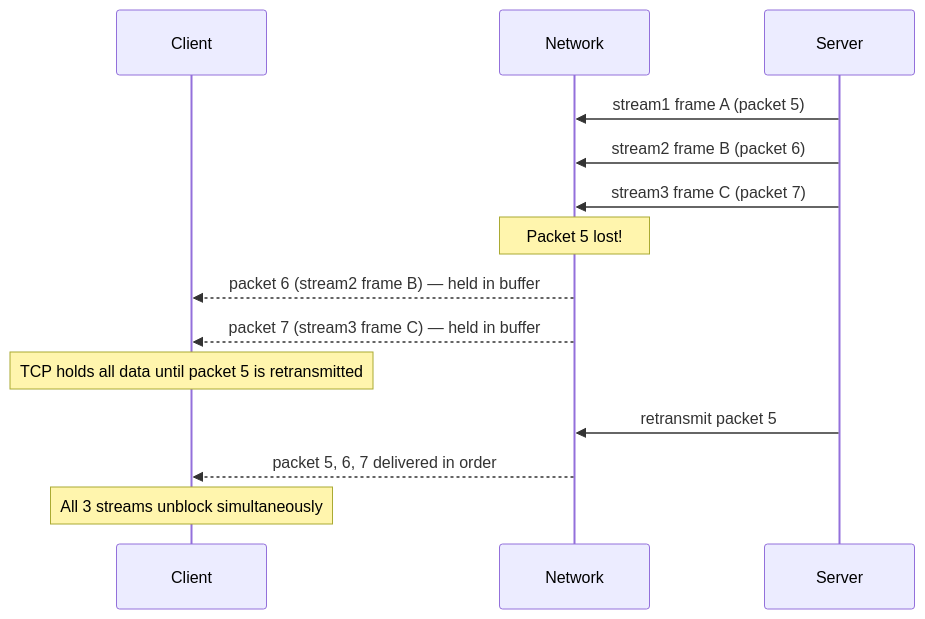
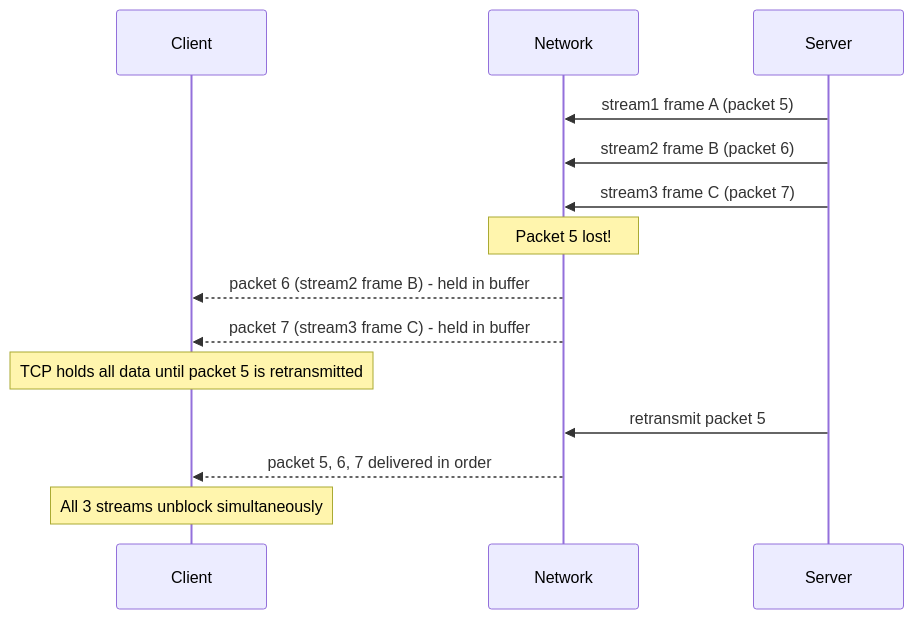
One commit to b-balakrishna/system-design changed the third of 8 diagrams in phase-2-foundations/topic-3-http2-and-http3-quic.md. Above: the diagram before and after it, drawn with Mermaid. The commit also changed other lines of this file and 165 other files, not shown here.

Commit message:
feat: add comprehensive system design documentation covering foundations, backend, frontend, distributed systems, and AI/ML architectures

````diff
--- a/phase-2-foundations/topic-3-http2-and-http3-quic.md
+++ b/phase-2-foundations/topic-3-http2-and-http3-quic.md
@@ -160,17 +160,17 @@
 ```mermaid
 sequenceDiagram
     participant C as Client
     participant N as Network
     participant S as Server
 
     S->>N: stream1 frame A (packet 5)
     S->>N: stream2 frame B (packet 6)
     S->>N: stream3 frame C (packet 7)
     Note over N: Packet 5 lost!
-    N-->>C: packet 6 (stream2 frame B) — held in buffer
-    N-->>C: packet 7 (stream3 frame C) — held in buffer
+    N-->>C: packet 6 (stream2 frame B)  -  held in buffer
+    N-->>C: packet 7 (stream3 frame C)  -  held in buffer
     Note over C: TCP holds all data until packet 5 is retransmitted
     S->>N: retransmit packet 5
     N-->>C: packet 5, 6, 7 delivered in order
     Note over C: All 3 streams unblock simultaneously
 ```
````
